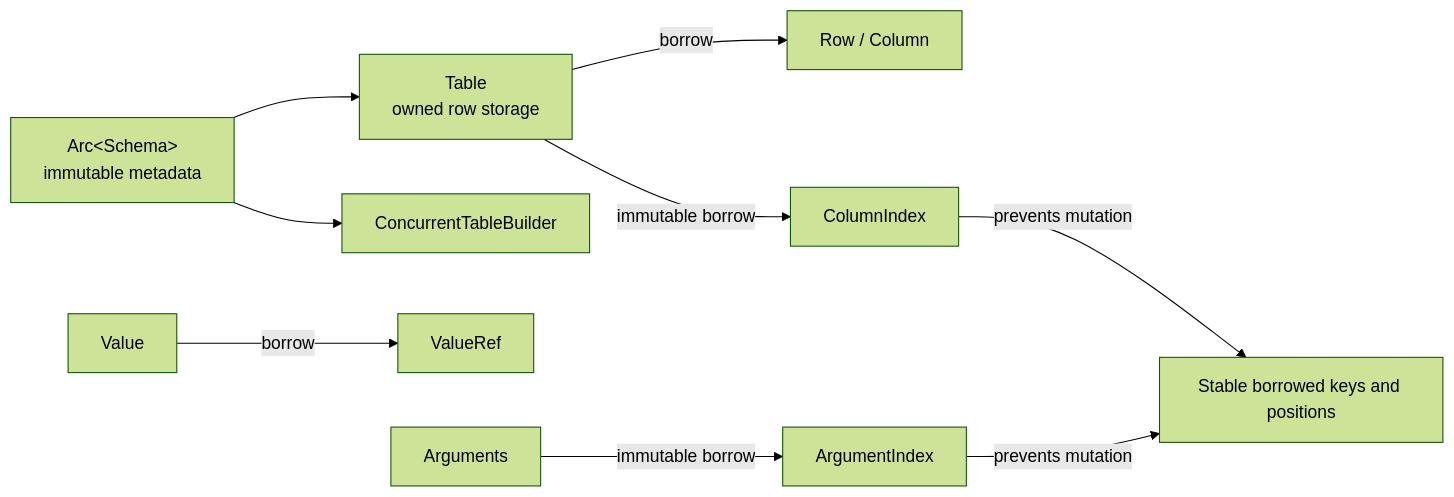
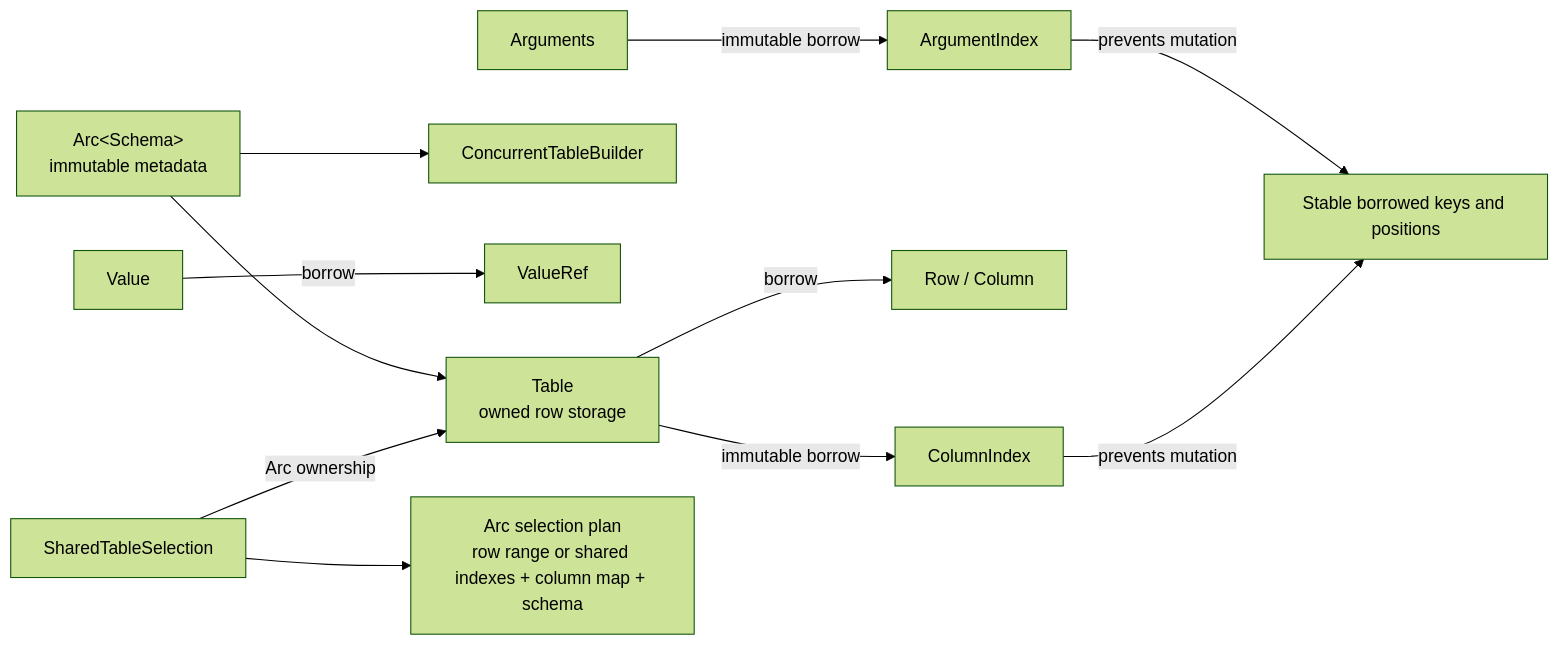
The second of 3 diagrams in docs/high-level/architecture.md (kjn-void/gd-rs), drawn with Mermaid (forest theme) before and after one commit. The commit also changed other lines of this file and 41 other files, not shown here.

First line of the commit message:
Add shared table views and opt-in interned string columns

````diff
--- a/docs/high-level/architecture.md
+++ b/docs/high-level/architecture.md
@@ -66,11 +68,13 @@
 ```mermaid
 flowchart LR
     Schema["Arc&lt;Schema&gt;<br/>immutable metadata"] --> Table["Table<br/>owned row storage"]
     Schema --> Builder["ConcurrentTableBuilder"]
     Value["Value"] -->|"borrow"| ValueRef["ValueRef"]
     Arguments["Arguments"] -->|"immutable borrow"| ArgumentIndex["ArgumentIndex"]
     Table -->|"borrow"| View["Row / Column"]
     Table -->|"immutable borrow"| ColumnIndex["ColumnIndex"]
+    SharedSelection["SharedTableSelection"] -->|"Arc ownership"| Table
+    SharedSelection --> Plan["Arc selection plan<br/>row range or shared indexes + column map + schema"]
     ArgumentIndex -->|"prevents mutation"| Stable["Stable borrowed keys and positions"]
     ColumnIndex -->|"prevents mutation"| Stable
 ```
````
